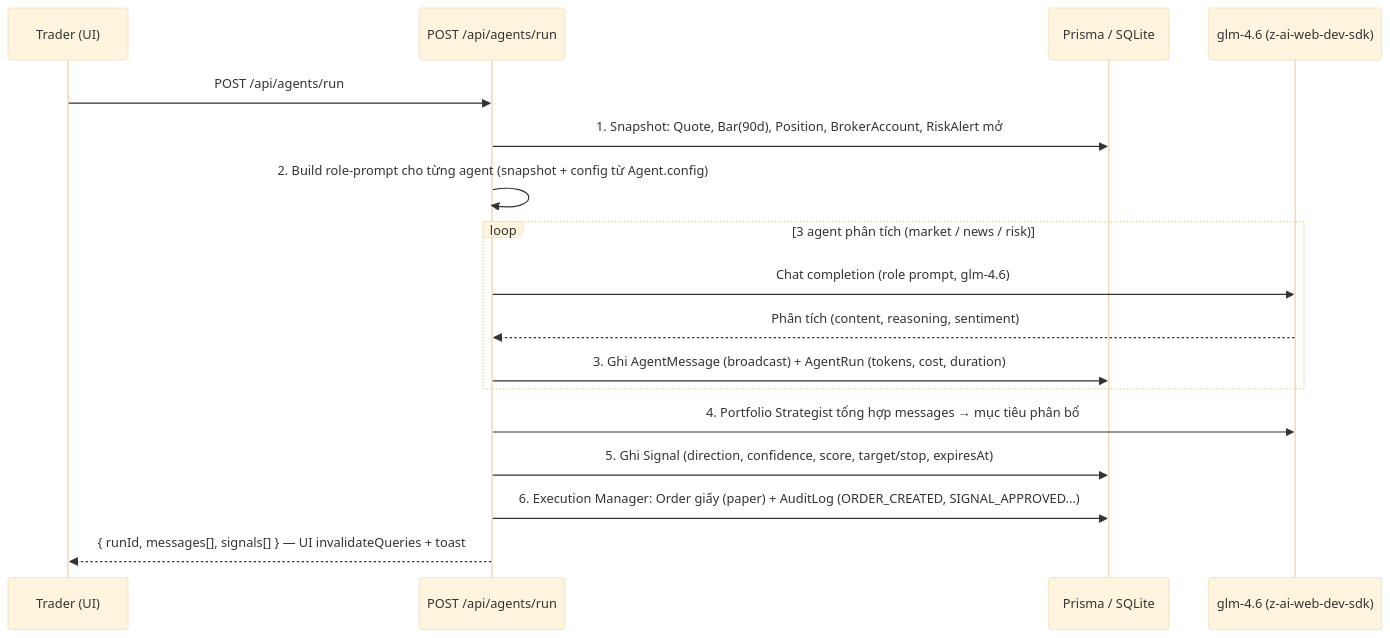
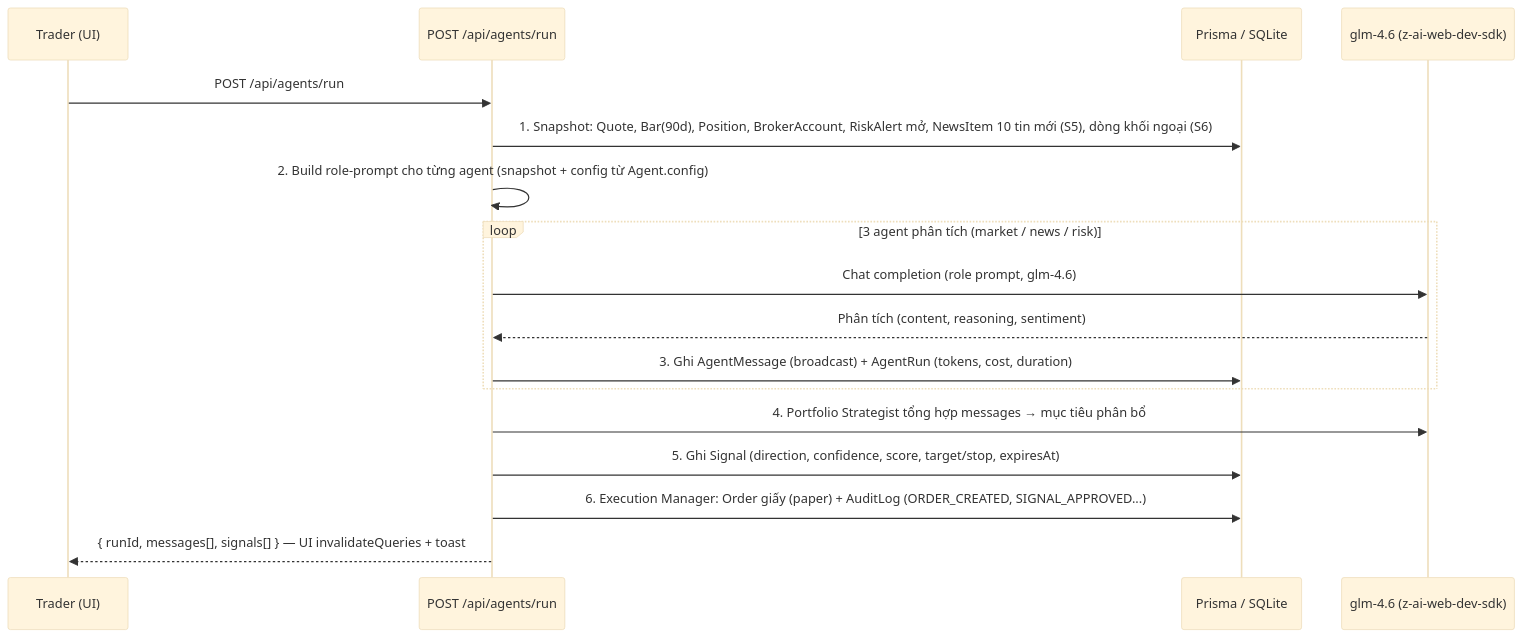
One commit to nguyenquocviety2c-code/THE-TRADER changed the second of 2 diagrams in docs/TECHNICAL_BLUEPRINT.md. Above: the diagram before and after it, drawn with Mermaid (base theme). The commit also changed other lines of this file and 37 other files, not shown here.

````diff
--- a/docs/TECHNICAL_BLUEPRINT.md
+++ b/docs/TECHNICAL_BLUEPRINT.md
@@ -149,20 +177,20 @@
 ```mermaid
 sequenceDiagram
     participant U as Trader (UI)
     participant API as POST /api/agents/run
     participant DB as Prisma / SQLite
     participant LLM as glm-4.6 (z-ai-web-dev-sdk)
 
     U->>API: POST /api/agents/run
-    API->>DB: 1. Snapshot: Quote, Bar(90d), Position, BrokerAccount, RiskAlert mở
+    API->>DB: 1. Snapshot: Quote, Bar(90d), Position, BrokerAccount, RiskAlert mở, NewsItem 10 tin mới (S5), dòng khối ngoại (S6)
     API->>API: 2. Build role-prompt cho từng agent (snapshot + config từ Agent.config)
     loop 3 agent phân tích (market / news / risk)
         API->>LLM: Chat completion (role prompt, glm-4.6)
         LLM-->>API: Phân tích (content, reasoning, sentiment)
         API->>DB: 3. Ghi AgentMessage (broadcast) + AgentRun (tokens, cost, duration)
     end
     API->>LLM: 4. Portfolio Strategist tổng hợp messages → mục tiêu phân bổ
     API->>DB: 5. Ghi Signal (direction, confidence, score, target/stop, expiresAt)
     API->>DB: 6. Execution Manager: Order giấy (paper) + AuditLog (ORDER_CREATED, SIGNAL_APPROVED...)
     API-->>U: { runId, messages[], signals[] } — UI invalidateQueries + toast
 ```
````
